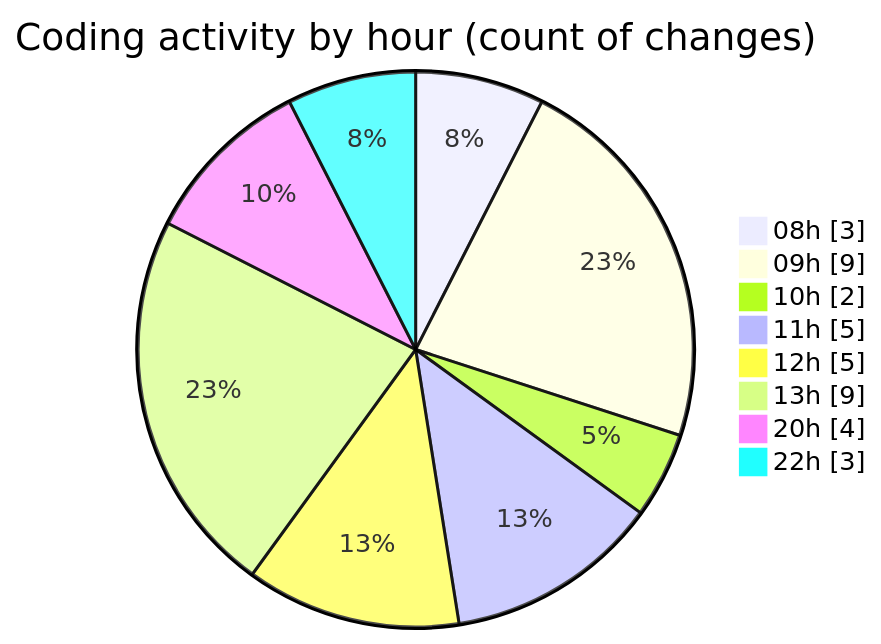
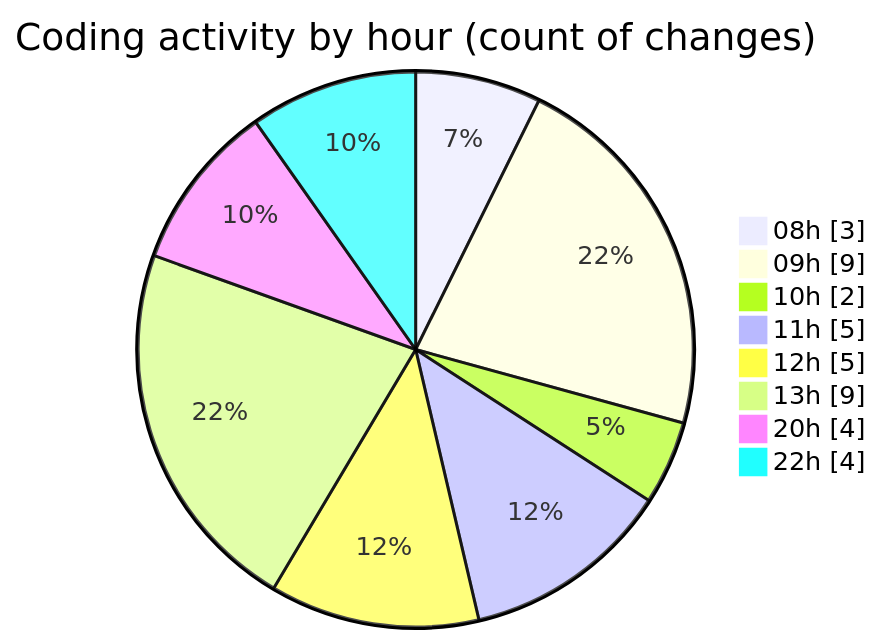
The second of 2 diagrams in 2025-05-13/niten/README.md (Elitesun/code-tracking), drawn with Mermaid before and after one commit. The commit also changed other lines of this file and 1 other file, not shown here.

````diff
--- a/2025-05-13/niten/README.md
+++ b/2025-05-13/niten/README.md
@@ -43,12 +43,12 @@
 ```mermaid
 pie showData
 title Coding activity by hour (count of changes)
 "08h" : 3
 "09h" : 9
 "10h" : 2
 "11h" : 5
 "12h" : 5
 "13h" : 9
 "20h" : 4
-"22h" : 3
+"22h" : 4
 ```
````
